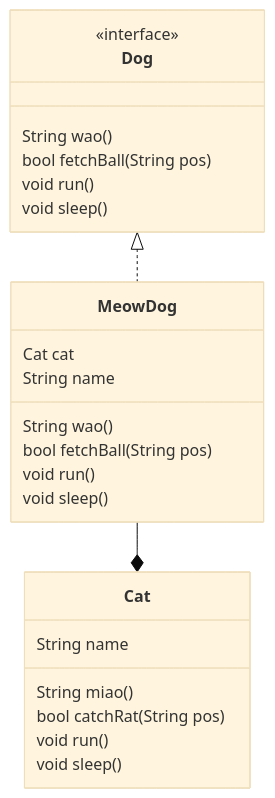
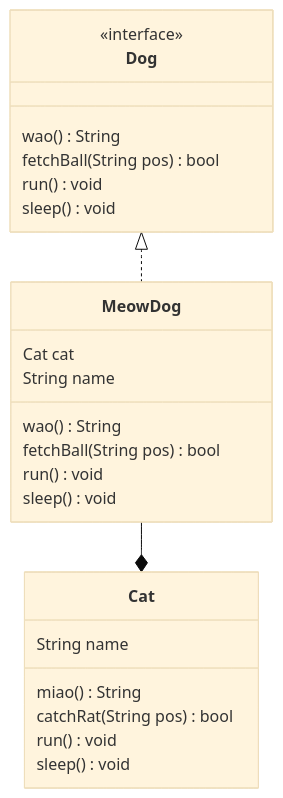
The second of 6 diagrams in 0x02 设计模式/README.md (YanhuiJessica/2022-DTM-Public-YanhuiJessica), drawn with Mermaid (base theme) before and after one commit. The commit also changed other lines of this file and 11 other files, not shown here.

````diff
--- a/0x02 设计模式/README.md
+++ b/0x02 设计模式/README.md
@@ -74,30 +86,30 @@
 ```mermaid
 classDiagram
 Dog <|.. MeowDog
 MeowDog --* Cat
 
 class Cat{
 	String name
-	String miao()
-	bool catchRat(String pos)
-	void run()
-	void sleep()
+	miao() String
+	catchRat(String pos) bool
+	run() void
+	sleep() void
 }
 
 class Dog{
 	<<interface>>
-	String wao()
-	bool fetchBall(String pos)
-	void run()
-	void sleep()
+	wao() String
+	fetchBall(String pos) bool
+	run() void
+	sleep() void
 }
 
 class MeowDog{
 	Cat cat
 	String name
-	String wao()
-	bool fetchBall(String pos)
-	void run()
-	void sleep()
+	wao() String
+	fetchBall(String pos) bool
+	run() void
+	sleep() void
 }
 ```
````
